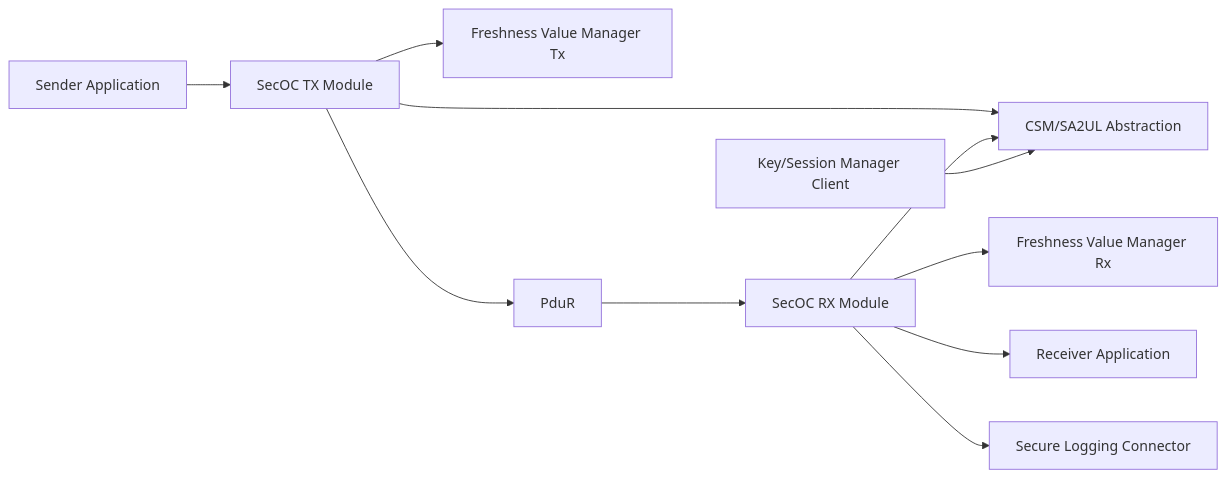
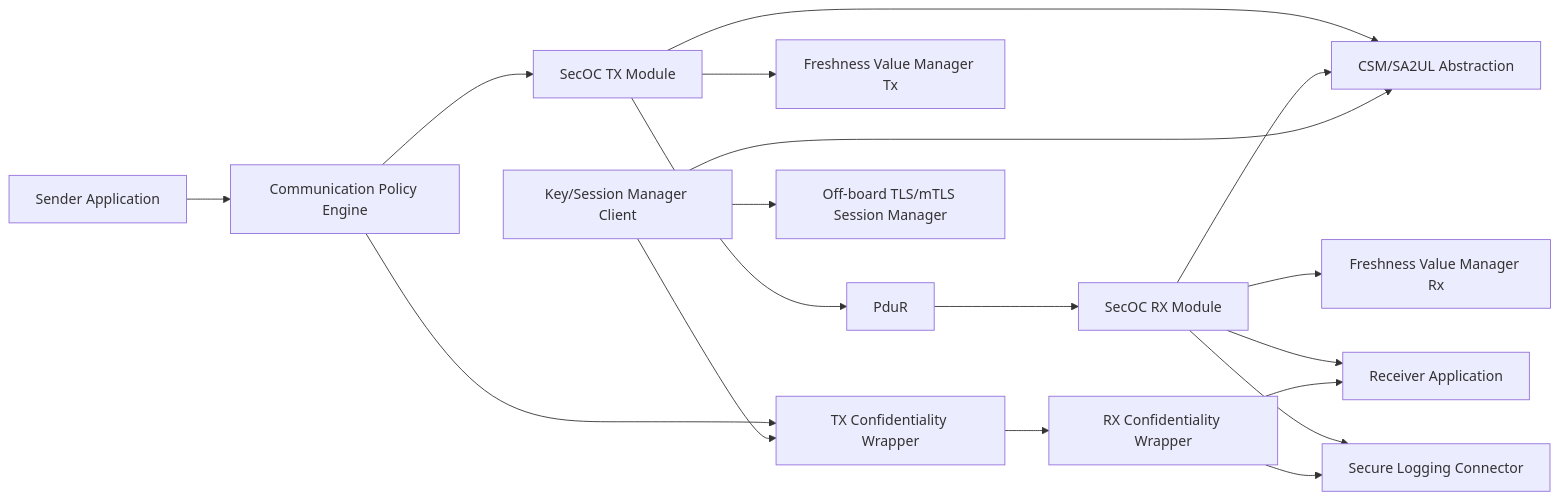
One commit to vinodneelakantam/Sec_Concepts_Req_tracability changed the third of 4 diagrams in TDA4VM_SecOC_Requirements.md. Above: the diagram before and after it, drawn with Mermaid. The commit also changed other lines of this file and 4 other files, not shown here.

````diff
--- a/TDA4VM_SecOC_Requirements.md
+++ b/TDA4VM_SecOC_Requirements.md
@@ -126,13 +153,20 @@
 ```mermaid
 graph LR
-  App[Sender Application] --> Tx[SecOC TX Module]
+  App[Sender Application] --> Pol[Communication Policy Engine]
+  Pol --> Tx[SecOC TX Module]
+  Pol --> ConfTx[TX Confidentiality Wrapper]
   Tx --> FVMTx[Freshness Value Manager Tx]
   Tx --> Csm[CSM/SA2UL Abstraction]
   Tx --> PduR[PduR]
   PduR --> Rx[SecOC RX Module]
   Rx --> FVMRx[Freshness Value Manager Rx]
   Rx --> Csm
   Rx --> AppR[Receiver Application]
   Rx --> Log[Secure Logging Connector]
+  ConfTx --> ConfRx[RX Confidentiality Wrapper]
+  ConfRx --> AppR
+  ConfRx --> Log
   Key[Key/Session Manager Client] --> Csm
+  Key --> ConfTx
+  Key --> OBM[Off-board TLS/mTLS Session Manager]
 ```
````
